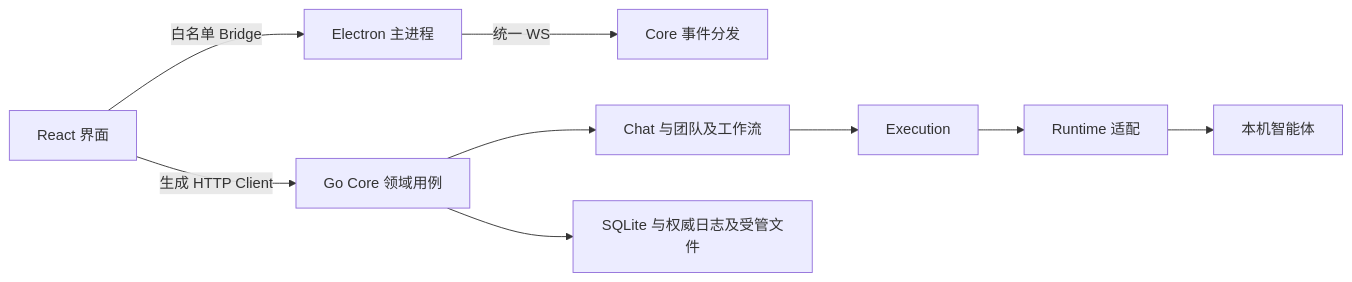
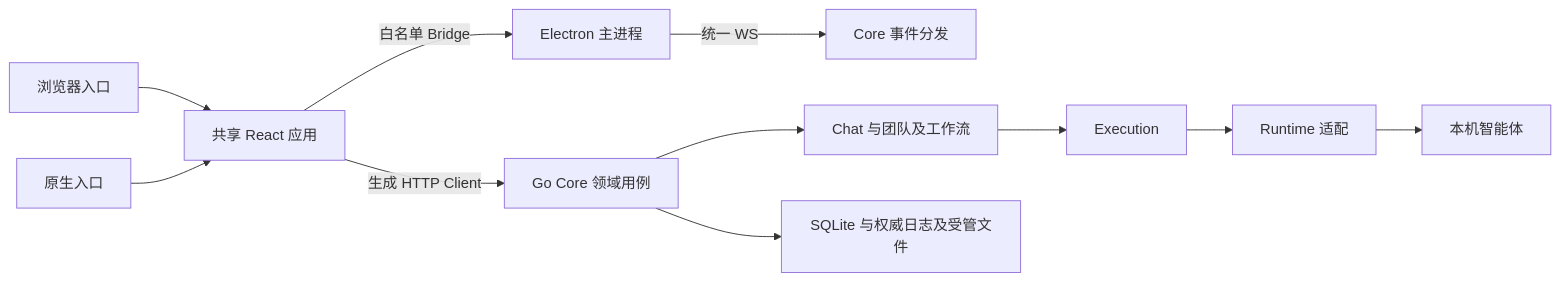
The diagram in docs/architecture/overview-cn.md (JieWaZi/NeuxAlly), drawn with Mermaid before and after one commit. The commit also changed other lines of this file and 1437 other files, not shown here.

First line of the commit message:
feat: 拆分 Web / Native 宿主并共享 Core 文件、Git 与终端能力 (#5)

````diff
--- a/docs/architecture/overview-cn.md
+++ b/docs/architecture/overview-cn.md
@@ -5,11 +5,13 @@
 ```mermaid
 flowchart LR
-  UI[React 界面] -->|生成 HTTP Client| Core[Go Core 领域用例]
+  Web[浏览器入口] --> UI[共享 React 应用]
+  Native[原生入口] --> UI
+  UI -->|生成 HTTP Client| Core[Go Core 领域用例]
   UI -->|白名单 Bridge| Desktop[Electron 主进程]
   Desktop -->|统一 WS| Events[Core 事件分发]
   Core --> Chat[Chat 与团队及工作流]
   Chat --> Execution[Execution]
   Execution --> Runtime[Runtime 适配]
   Runtime --> CLI[本机智能体]
   Core --> Store[SQLite 与权威日志及受管文件]
 ```
````
